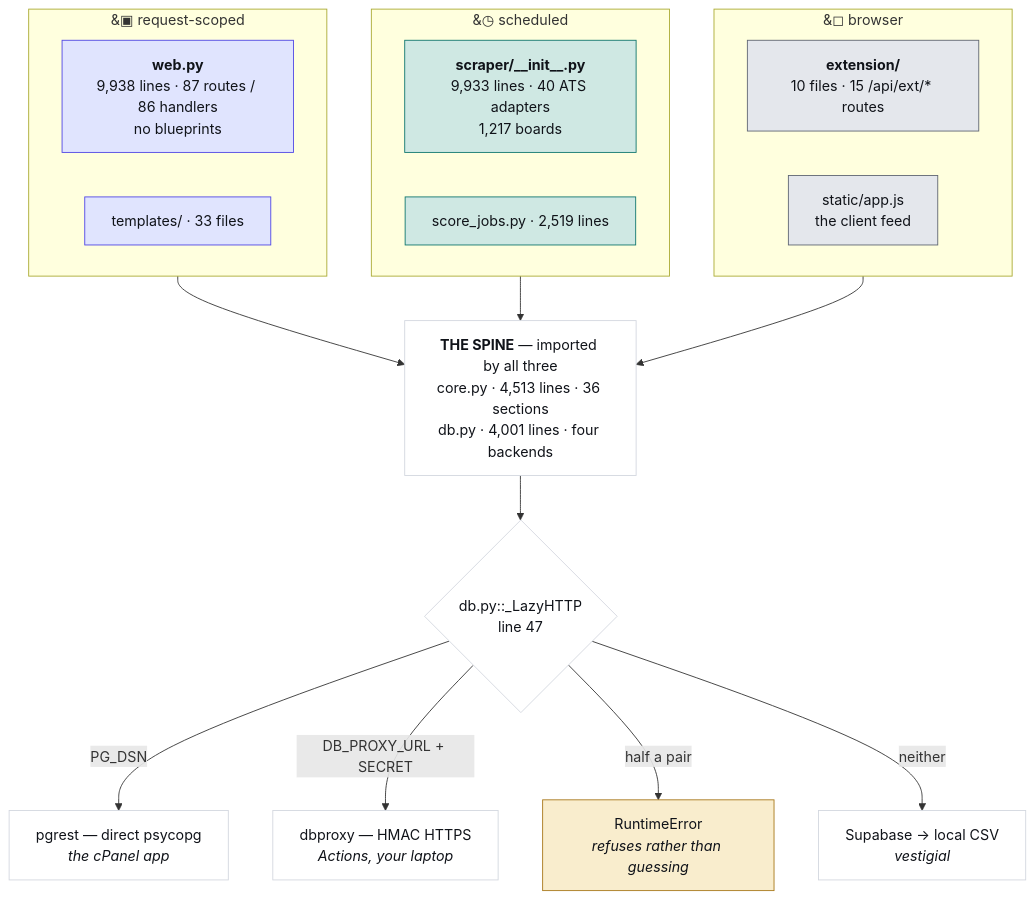
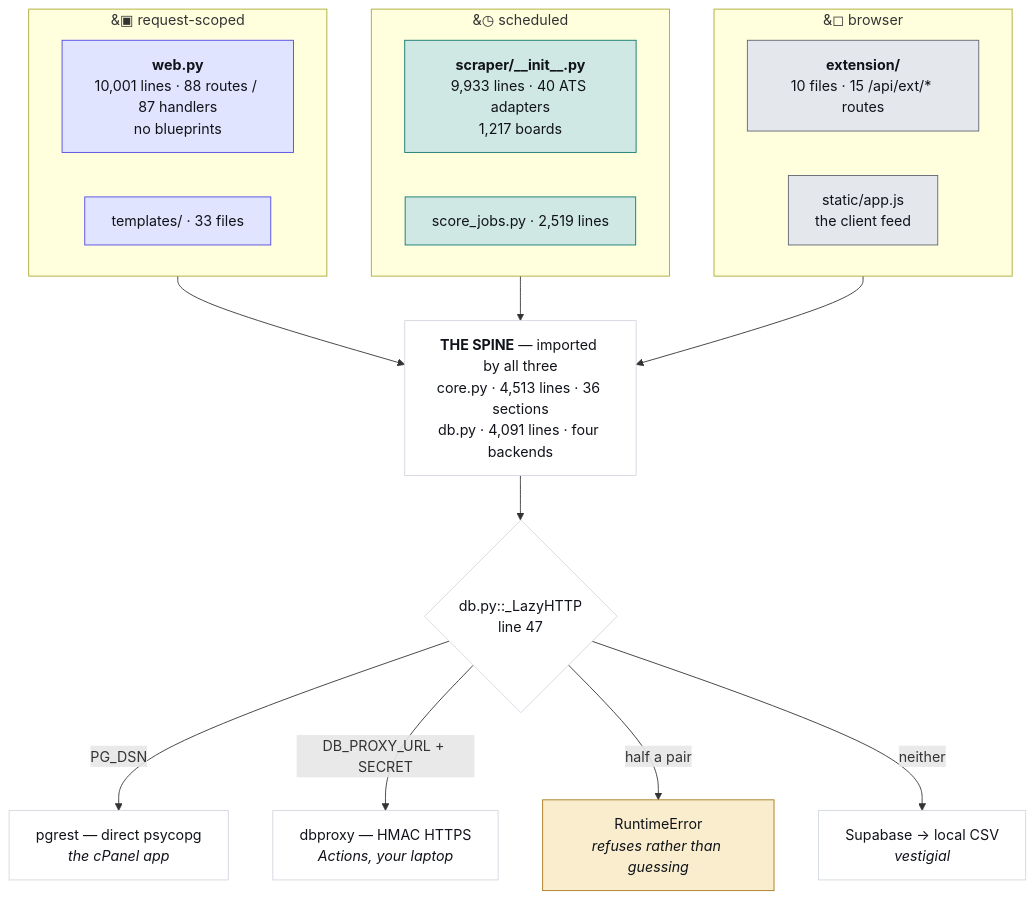
The first of 4 diagrams in JobMatch Scraper/docs/ARCHITECTURE.md (hadakunal909-debug/job-search-tool), drawn with Mermaid before and after one commit. The commit also changed 15 other files, not shown here.

````diff
--- a/JobMatch Scraper/docs/ARCHITECTURE.md
+++ b/JobMatch Scraper/docs/ARCHITECTURE.md
@@ -45,34 +45,34 @@
 ```mermaid
 flowchart TB
   subgraph REQ["&#9635; request-scoped"]
-    W["<b>web.py</b><br/>9,938 lines · 87 routes / 86 handlers<br/>no blueprints"]
+    W["<b>web.py</b><br/>10,001 lines · 88 routes / 87 handlers<br/>no blueprints"]
     T["templates/ · 33 files"]
   end
   subgraph SCH["&#9719; scheduled"]
     S["<b>scraper/__init__.py</b><br/>9,933 lines · 40 ATS adapters<br/>1,217 boards"]
     J["score_jobs.py · 2,519 lines"]
   end
   subgraph CLI["&#9723; browser"]
     E["<b>extension/</b><br/>10 files · 15 /api/ext/* routes"]
     A["static/app.js<br/>the client feed"]
   end
-  SPINE["<b>THE SPINE</b> — imported by all three<br/>core.py · 4,513 lines · 36 sections<br/>db.py · 4,001 lines · four backends"]
+  SPINE["<b>THE SPINE</b> — imported by all three<br/>core.py · 4,513 lines · 36 sections<br/>db.py · 4,091 lines · four backends"]
   REQ --> SPINE
   SCH --> SPINE
   CLI --> SPINE
   SPINE --> D{"db.py::_LazyHTTP<br/>line 47"}
   D -->|"PG_DSN"| P["pgrest — direct psycopg<br/><i>the cPanel app</i>"]
   D -->|"DB_PROXY_URL + SECRET"| X["dbproxy — HMAC HTTPS<br/><i>Actions, your laptop</i>"]
   D -->|"half a pair"| R["RuntimeError<br/><i>refuses rather than guessing</i>"]
   D -->|"neither"| V["Supabase → local CSV<br/><i>vestigial</i>"]
   classDef web fill:#e0e4fe,stroke:#4f46e5,color:#101319
   classDef sched fill:#cfe8e3,stroke:#0f766e,color:#101319
   classDef client fill:#e4e7ec,stroke:#5f6573,color:#101319
   classDef trap fill:#f9edcd,stroke:#a8781a,color:#101319
   classDef plain fill:#ffffff,stroke:#d3d7df,color:#101319
   class W,T web
   class S,J sched
   class E,A client
   class R trap
   class SPINE,D,P,X,V plain
 ```
````
